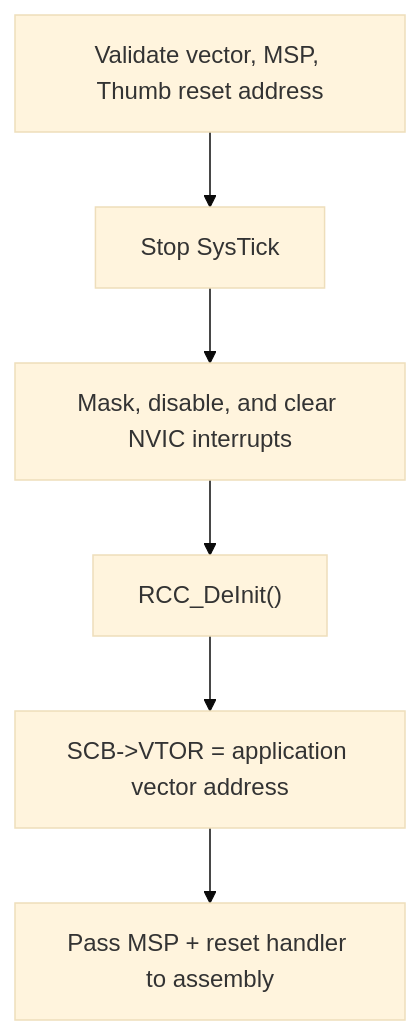
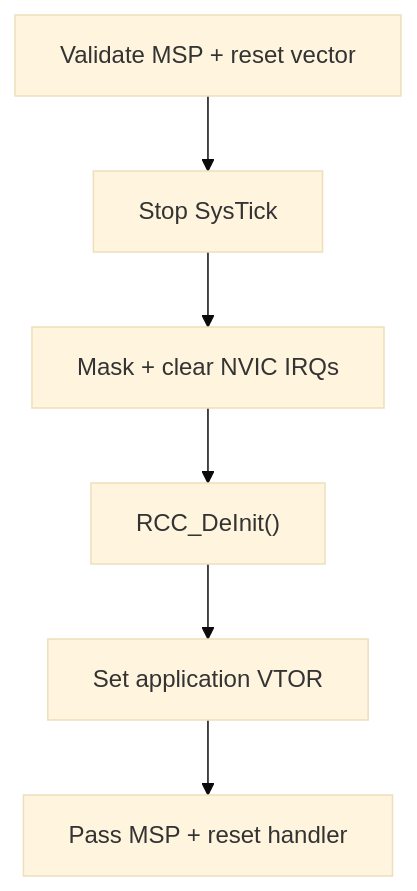
One commit to haikevins/secure-delta-ota-bootloader changed the first of 2 diagrams in docs/boot-jump.md. Above: the diagram before and after it, drawn with Mermaid (base theme). The commit also changed other lines of this file and 11 other files, not shown here.

````diff
--- a/docs/boot-jump.md
+++ b/docs/boot-jump.md
@@ -60,8 +60,8 @@
 ```mermaid
 flowchart TB
-    V["Validate vector, MSP, Thumb reset address"] --> S["Stop SysTick"]
-    S --> N["Mask, disable, and clear NVIC interrupts"]
+    V["Validate MSP + reset vector"] --> S["Stop SysTick"]
+    S --> N["Mask + clear NVIC IRQs"]
     N --> R["RCC_DeInit()"]
-    R --> T["SCB->VTOR = application vector address"]
-    T --> H["Pass MSP + reset handler to assembly"]
+    R --> T["Set application VTOR"]
+    T --> H["Pass MSP + reset handler"]
 ```
````
